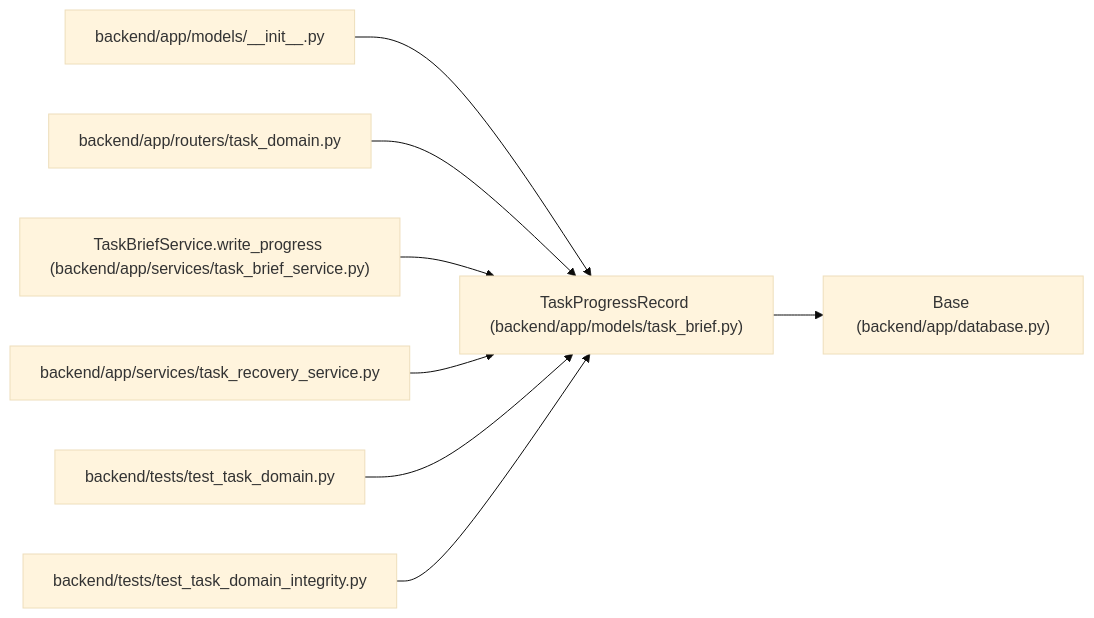
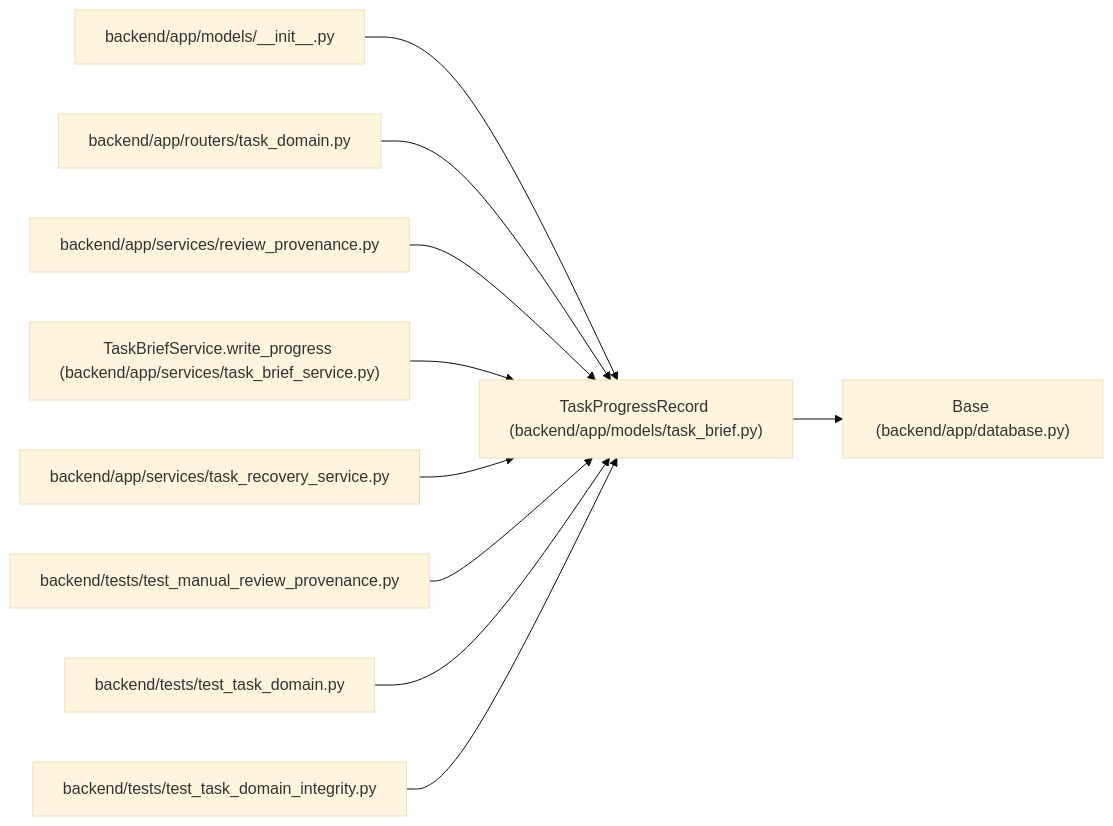
Before and after one commit to Denissvgn/WorkChord: the diagram in docs/llm_wiki/entities/TaskProgressRecord.md, drawn with Mermaid (base theme). The commit also changed other lines of this file and 2373 other files, not shown here.

````diff
--- a/docs/llm_wiki/entities/TaskProgressRecord.md
+++ b/docs/llm_wiki/entities/TaskProgressRecord.md
@@ -35,26 +35,32 @@
 ```mermaid
 flowchart LR
     n0["TaskProgressRecord (backend/app/models/task_brief.py)"]
     n1["Base (backend/app/database.py)"]
     n2["backend/app/models/__init__.py"]
     n3["backend/app/routers/task_domain.py"]
-    n4["TaskBriefService.write_progress (backend/app/services/task_brief_service.py)"]
-    n5["backend/app/services/task_recovery_service.py"]
-    n6["backend/tests/test_task_domain.py"]
-    n7["backend/tests/test_task_domain_integrity.py"]
+    n4["backend/app/services/review_provenance.py"]
+    n5["TaskBriefService.write_progress (backend/app/services/task_brief_service.py)"]
+    n6["backend/app/services/task_recovery_service.py"]
+    n7["backend/tests/test_manual_review_provenance.py"]
+    n8["backend/tests/test_task_domain.py"]
+    n9["backend/tests/test_task_domain_integrity.py"]
     n0 --> n1
     n2 --> n0
     n3 --> n0
     n4 --> n0
     n5 --> n0
     n6 --> n0
     n7 --> n0
+    n8 --> n0
+    n9 --> n0
     click n0 "../modules/models_task_brief.md"
     click n1 "../modules/app_database.md"
     click n2 "../modules/models___init__.md"
     click n3 "../modules/routers_task_domain.md"
-    click n4 "../modules/task_brief_service.md"
-    click n5 "../modules/task_recovery_service.md"
-    click n6 "../modules/test_task_domain.md"
-    click n7 "../modules/test_task_domain_integrity.md"
+    click n4 "../modules/review_provenance.md"
+    click n5 "../modules/task_brief_service.md"
+    click n6 "../modules/task_recovery_service.md"
+    click n7 "../modules/test_manual_review_provenance.md"
+    click n8 "../modules/test_task_domain.md"
+    click n9 "../modules/test_task_domain_integrity.md"
 ```
````
